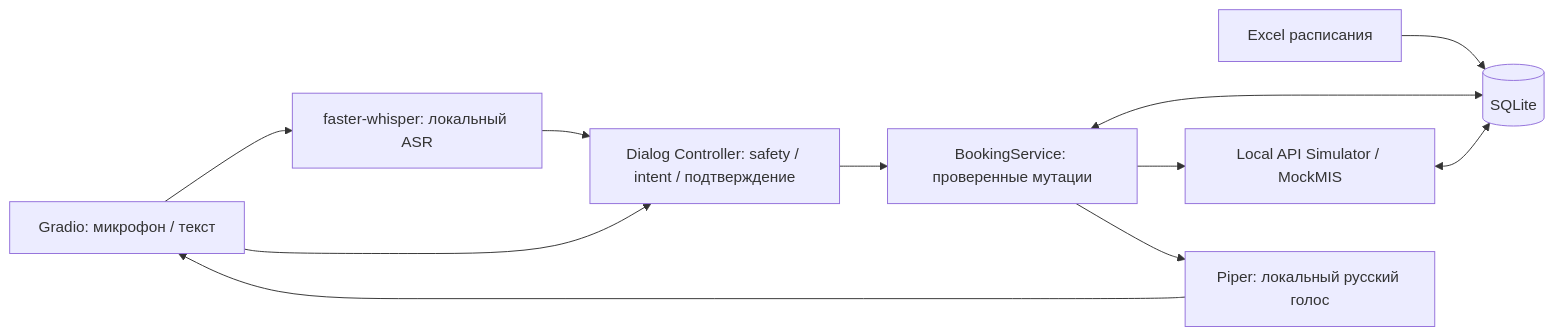
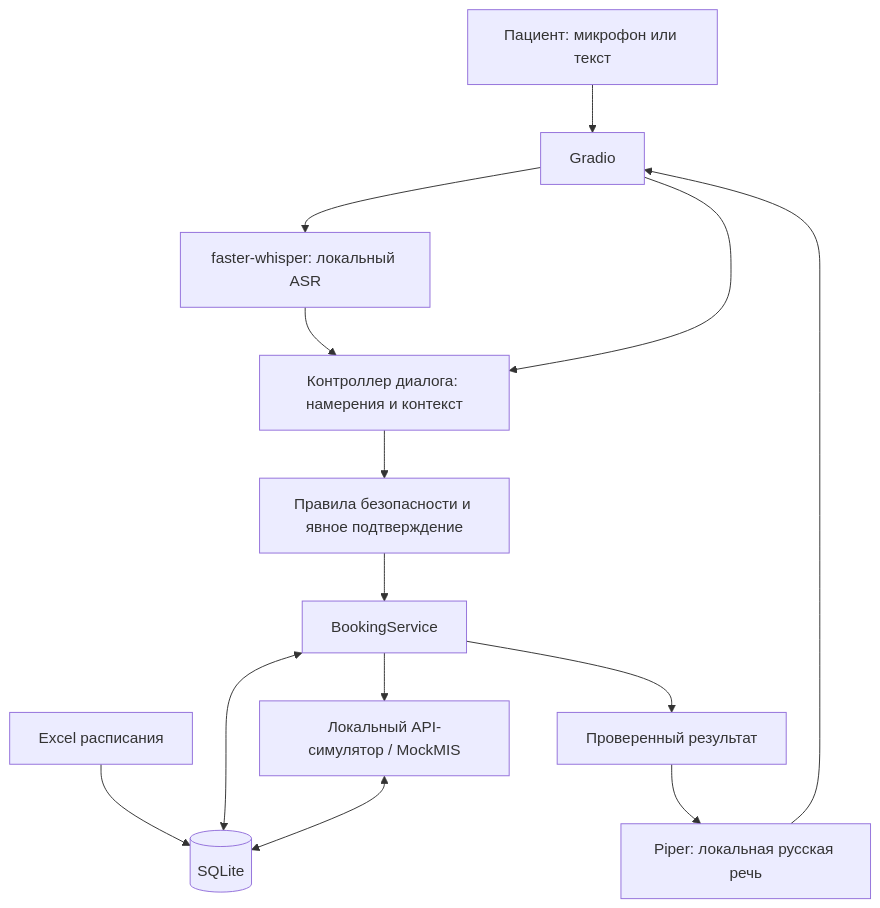
One commit to H-G11/clinic-voice-ai-assistant changed the diagram in README.md. Above: the diagram before and after it, drawn with Mermaid. The commit also changed other lines of this file, not shown here.

````diff
--- a/README.md
+++ b/README.md
@@ -101,13 +56,16 @@
 ```mermaid
-flowchart LR
-    Gradio[Gradio: микрофон / текст] --> Whisper[faster-whisper: локальный ASR]
-    Whisper --> Dialog[Dialog Controller: safety / intent / подтверждение]
-    Gradio --> Dialog
-    Dialog --> Service[BookingService: проверенные мутации]
-    Excel[Excel расписания] --> SQLite[(SQLite)]
-    Service <--> SQLite
-    Service --> API[Local API Simulator / MockMIS]
-    API <--> SQLite
-    Service --> Piper[Piper: локальный русский голос]
-    Piper --> Gradio
+flowchart TD
+    U[Пациент: микрофон или текст] --> UI[Gradio]
+    UI --> ASR[faster-whisper: локальный ASR]
+    ASR --> D[Контроллер диалога: намерения и контекст]
+    UI --> D
+    D --> SAFE[Правила безопасности и явное подтверждение]
+    SAFE --> S[BookingService]
+    X[Excel расписания] --> DB[(SQLite)]
+    S <--> DB
+    S --> MIS[Локальный API-симулятор / MockMIS]
+    MIS <--> DB
+    S --> R[Проверенный результат]
+    R --> TTS[Piper: локальная русская речь]
+    TTS --> UI
 ```
````
